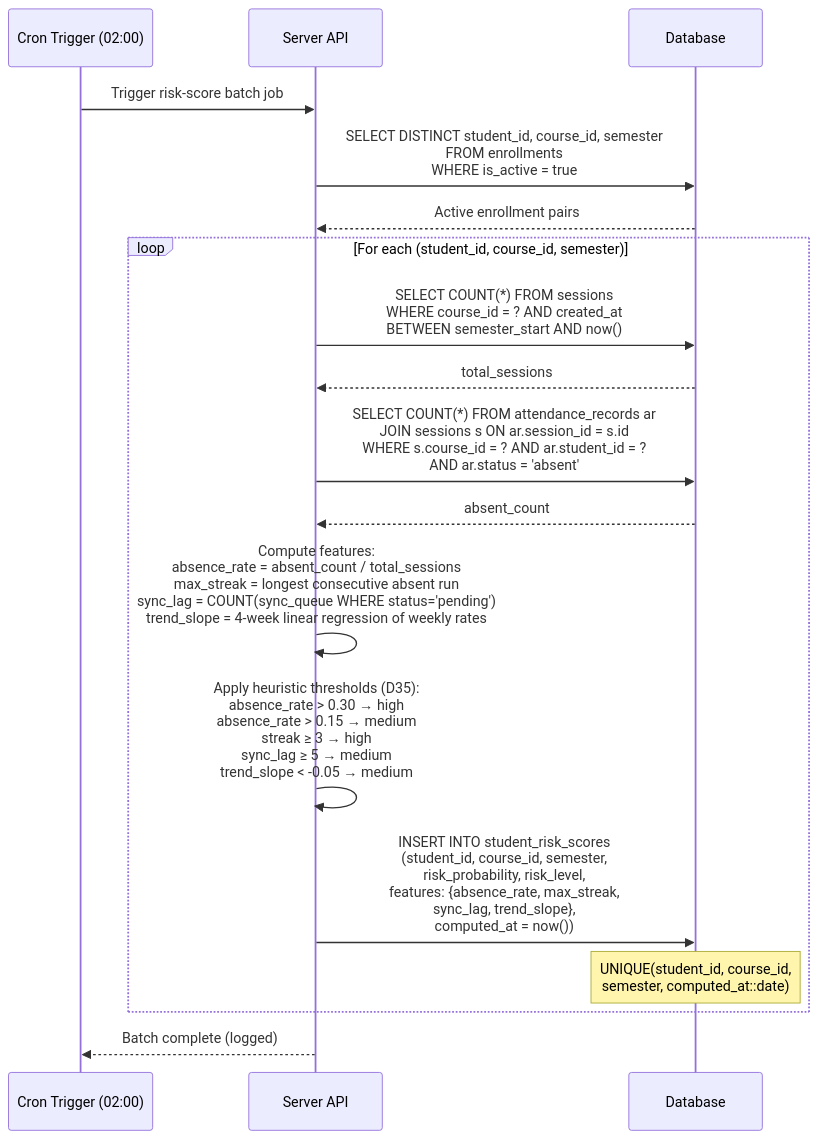
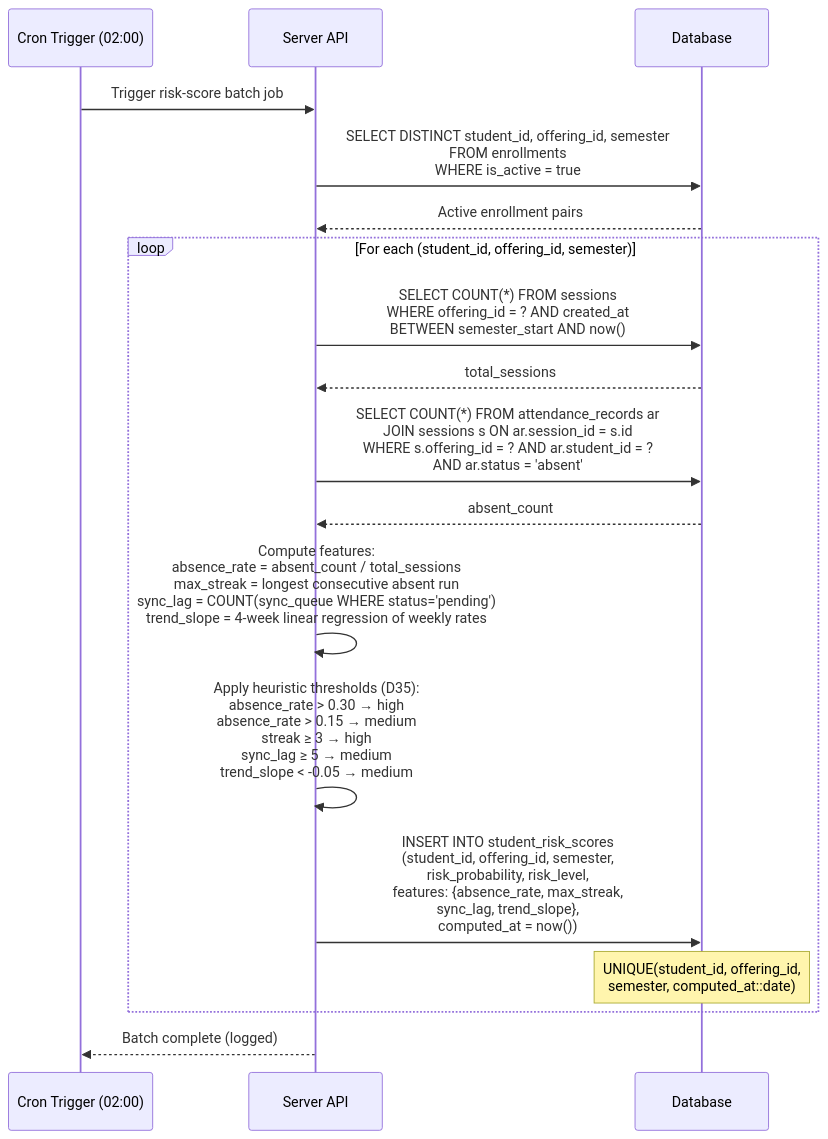
The sixth of 7 diagrams in docs/architecture/data-flow.md (dhenji/qr_based_attendance_system), drawn with Mermaid before and after one commit. The commit also changed other lines of this file and 19 other files, not shown here.

````diff
--- a/docs/architecture/data-flow.md
+++ b/docs/architecture/data-flow.md
@@ -192,28 +192,28 @@
 ```mermaid
 sequenceDiagram
     participant CRON as Cron Trigger (02:00)
     participant API as Server API
     participant DB as Database
 
     CRON->>API: Trigger risk-score batch job
 
-    API->>DB: SELECT DISTINCT student_id, course_id, semester<br>FROM enrollments<br>WHERE is_active = true
+    API->>DB: SELECT DISTINCT student_id, offering_id, semester<br>FROM enrollments<br>WHERE is_active = true
     DB-->>API: Active enrollment pairs
 
-    loop For each (student_id, course_id, semester)
-        API->>DB: SELECT COUNT(*) FROM sessions<br>WHERE course_id = ? AND created_at<br>BETWEEN semester_start AND now()
+    loop For each (student_id, offering_id, semester)
+        API->>DB: SELECT COUNT(*) FROM sessions<br>WHERE offering_id = ? AND created_at<br>BETWEEN semester_start AND now()
         DB-->>API: total_sessions
 
-        API->>DB: SELECT COUNT(*) FROM attendance_records ar<br>JOIN sessions s ON ar.session_id = s.id<br>WHERE s.course_id = ? AND ar.student_id = ?<br>AND ar.status = 'absent'
+        API->>DB: SELECT COUNT(*) FROM attendance_records ar<br>JOIN sessions s ON ar.session_id = s.id<br>WHERE s.offering_id = ? AND ar.student_id = ?<br>AND ar.status = 'absent'
         DB-->>API: absent_count
 
         API->>API: Compute features:<br>absence_rate = absent_count / total_sessions<br>max_streak = longest consecutive absent run<br>sync_lag = COUNT(sync_queue WHERE status='pending')<br>trend_slope = 4-week linear regression of weekly rates
 
         API->>API: Apply heuristic thresholds (D35):<br>absence_rate > 0.30 → high<br>absence_rate > 0.15 → medium<br>streak ≥ 3 → high<br>sync_lag ≥ 5 → medium<br>trend_slope < -0.05 → medium
 
-        API->>DB: INSERT INTO student_risk_scores<br>(student_id, course_id, semester,<br>risk_probability, risk_level,<br>features: {absence_rate, max_streak,<br>sync_lag, trend_slope},<br>computed_at = now())
-        Note over DB: UNIQUE(student_id, course_id,<br>semester, computed_at::date)
+        API->>DB: INSERT INTO student_risk_scores<br>(student_id, offering_id, semester,<br>risk_probability, risk_level,<br>features: {absence_rate, max_streak,<br>sync_lag, trend_slope},<br>computed_at = now())
+        Note over DB: UNIQUE(student_id, offering_id,<br>semester, computed_at::date)
     end
 
     API-->>CRON: Batch complete (logged)
 ```
````
